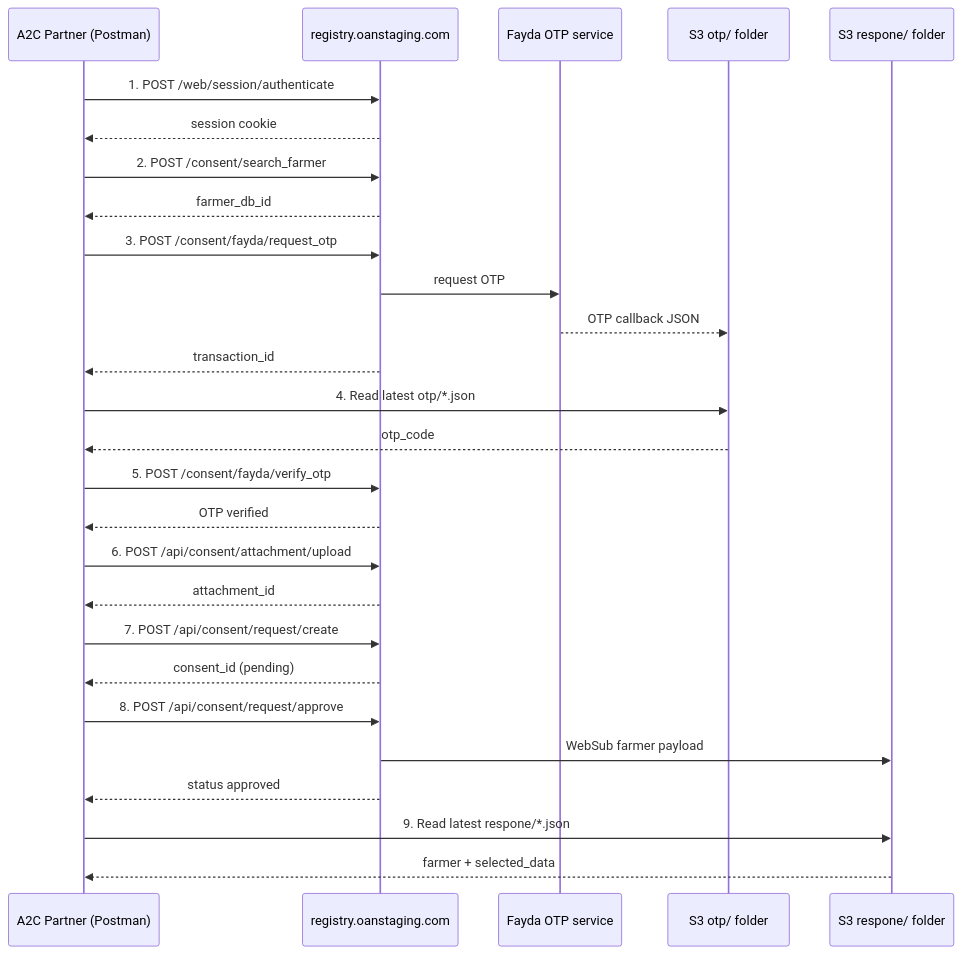
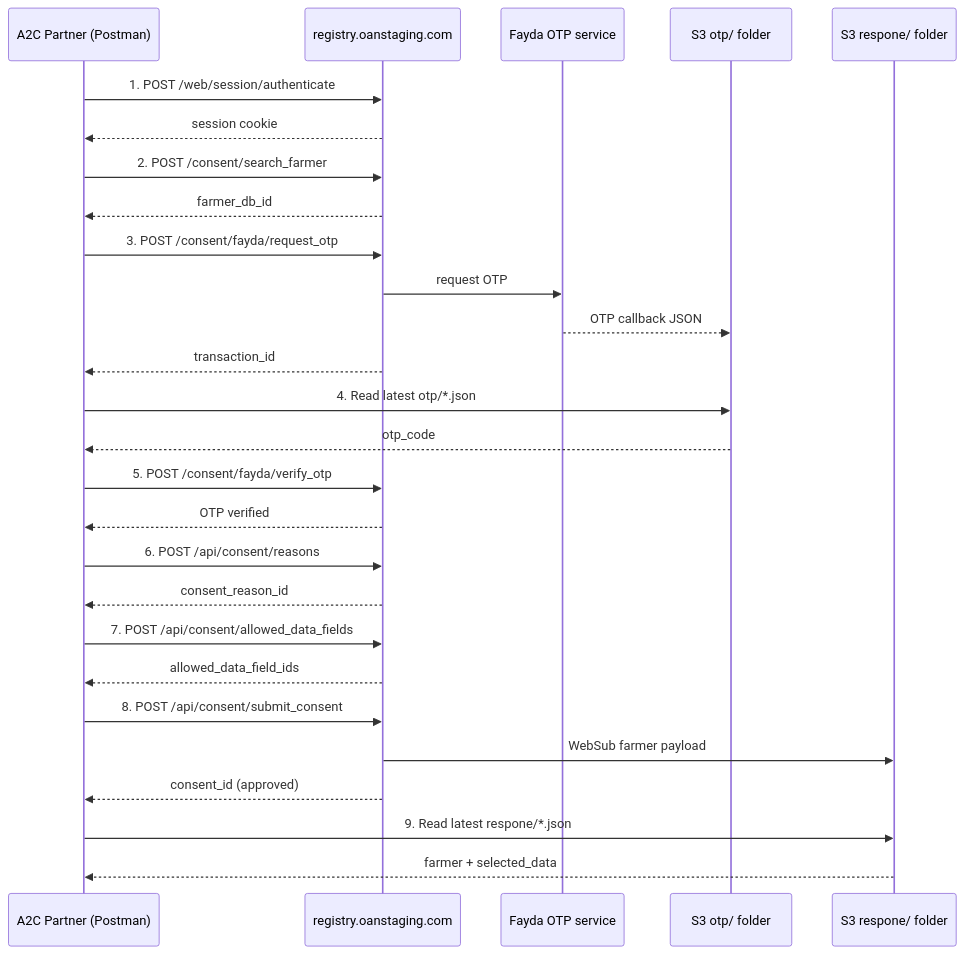
Before and after one commit to Centre-for-Open-Societal-Systems/oan_ethiopia_bank_api_docs: the diagram in consent_management_postman_registry_a2c.md, drawn with Mermaid. The commit also changed other lines of this file and 28 other files, not shown here.

Commit message:
docs: update consent API workflow, refine test script integration, and add comprehensive documentation screenshots.

````diff
--- a/consent_management_postman_registry_a2c.md
+++ b/consent_management_postman_registry_a2c.md
@@ -32,38 +32,38 @@
 ```mermaid
 sequenceDiagram
     participant Partner as A2C Partner (Postman)
     participant Registry as registry.oanstaging.com
     participant Fayda as Fayda OTP service
     participant OTPBucket as S3 otp/ folder
     participant RespBucket as S3 respone/ folder
 
     Partner->>Registry: 1. POST /web/session/authenticate
     Registry-->>Partner: session cookie
 
     Partner->>Registry: 2. POST /consent/search_farmer
     Registry-->>Partner: farmer_db_id
 
     Partner->>Registry: 3. POST /consent/fayda/request_otp
     Registry->>Fayda: request OTP
     Fayda-->>OTPBucket: OTP callback JSON
     Registry-->>Partner: transaction_id
 
     Partner->>OTPBucket: 4. Read latest otp/*.json
     OTPBucket-->>Partner: otp_code
 
     Partner->>Registry: 5. POST /consent/fayda/verify_otp
     Registry-->>Partner: OTP verified
 
-    Partner->>Registry: 6. POST /api/consent/attachment/upload
-    Registry-->>Partner: attachment_id
+    Partner->>Registry: 6. POST /api/consent/reasons
+    Registry-->>Partner: consent_reason_id
 
-    Partner->>Registry: 7. POST /api/consent/request/create
-    Registry-->>Partner: consent_id (pending)
+    Partner->>Registry: 7. POST /api/consent/allowed_data_fields
+    Registry-->>Partner: allowed_data_field_ids
 
-    Partner->>Registry: 8. POST /api/consent/request/approve
+    Partner->>Registry: 8. POST /api/consent/submit_consent
     Registry->>RespBucket: WebSub farmer payload
-    Registry-->>Partner: status approved
+    Registry-->>Partner: consent_id (approved)
 
     Partner->>RespBucket: 9. Read latest respone/*.json
     RespBucket-->>Partner: farmer + selected_data
 ```
````
